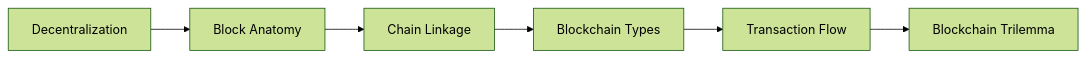
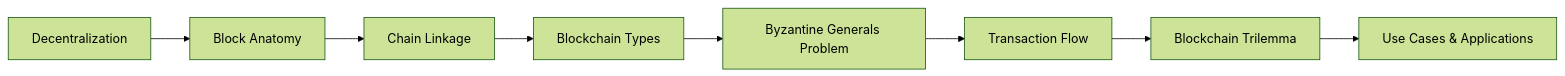
The first of 6 diagrams in docs/courses/blockchain/01-introduction.md (Raushan666java/ai-engineering-journey), drawn with Mermaid (forest theme) before and after one commit. The commit also changed other lines of this file and 62 other files, not shown here.

````diff
--- a/docs/courses/blockchain/01-introduction.md
+++ b/docs/courses/blockchain/01-introduction.md
@@ -27,8 +30,10 @@
 ```mermaid
 flowchart LR
     A[Decentralization] --> B[Block Anatomy]
     B --> C[Chain Linkage]
     C --> D[Blockchain Types]
-    D --> E[Transaction Flow]
-    E --> F[Blockchain Trilemma]
+    D --> E[Byzantine Generals Problem]
+    E --> F[Transaction Flow]
+    F --> G[Blockchain Trilemma]
+    G --> H[Use Cases & Applications]
 ```
````
